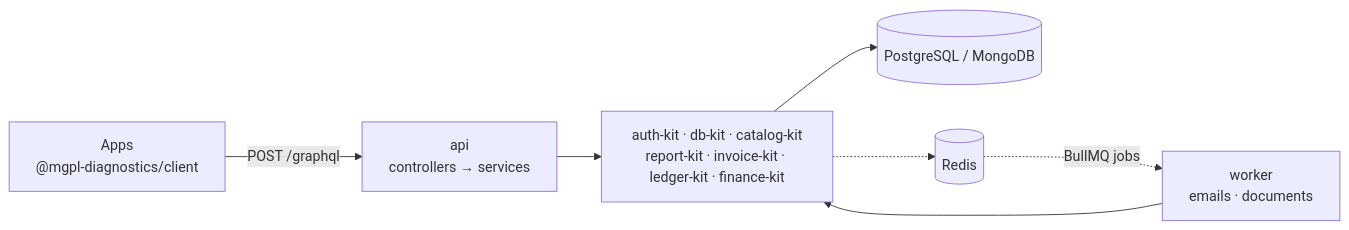
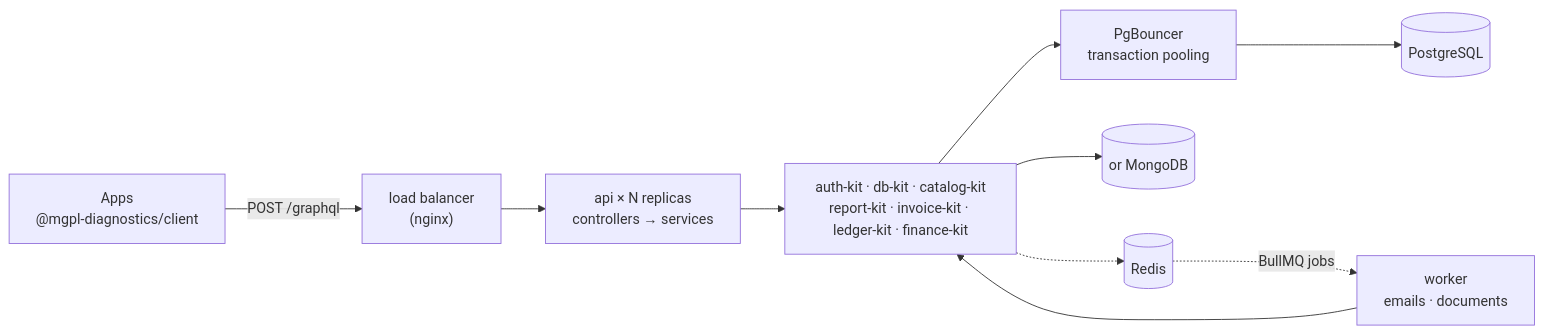
The diagram in README.md (mgpl-diagnostics/api), drawn with Mermaid before and after one commit. The commit also changed other lines of this file and 25 other files, not shown here.

First line of the commit message:
PgBouncer connection pooling and horizontal scaling (#10)

````diff
--- a/README.md
+++ b/README.md
@@ -22,9 +24,12 @@
 ```mermaid
 flowchart LR
-  APP["Apps<br/>@mgpl-diagnostics/client"] -- "POST /graphql" --> API["api<br/>controllers → services"]
+  APP["Apps<br/>@mgpl-diagnostics/client"] -- "POST /graphql" --> LB["load balancer<br/>(nginx)"]
+  LB --> API["api × N replicas<br/>controllers → services"]
   API --> K["auth-kit · db-kit · catalog-kit<br/>report-kit · invoice-kit · ledger-kit · finance-kit"]
-  K --> DB[("PostgreSQL / MongoDB")]
+  K --> PGB["PgBouncer<br/>transaction pooling"]
+  PGB --> PG[("PostgreSQL")]
+  K --> MG[("or MongoDB")]
   K -.-> R[("Redis")]
   R -. "BullMQ jobs" .-> W["worker<br/>emails · documents"]
   W --> K
 ```
````
